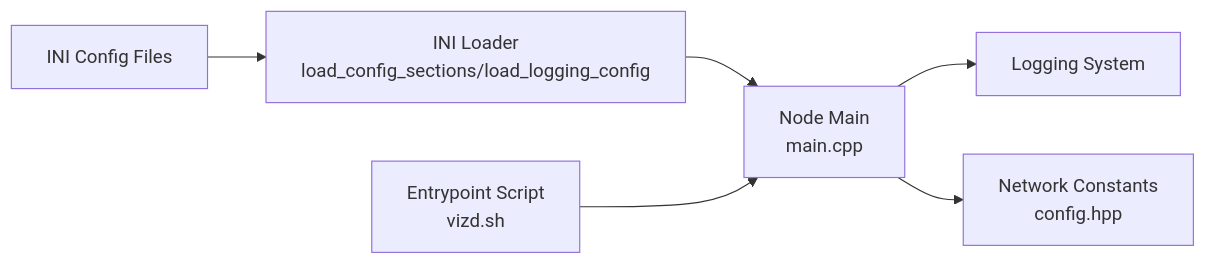
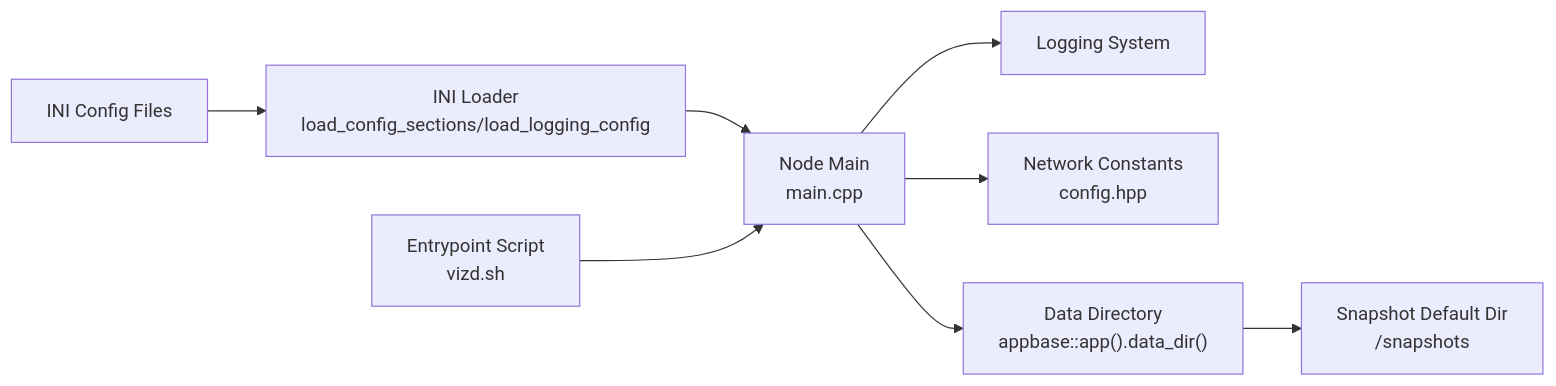
Before and after one commit to VIZ-Blockchain/viz-cpp-node: the sixth of 6 diagrams in .qoder/repowiki/en/content/Configuration Management/Configuration Management.md, drawn with Mermaid. The commit also changed other lines of this file and 4 other files, not shown here.

First line of the commit message:
docs(snapshot): update snapshot config with default dir and trusted peers

````diff
--- a/.qoder/repowiki/en/content/Configuration Management/Configuration Management.md
+++ b/.qoder/repowiki/en/content/Configuration Management/Configuration Management.md
@@ -382,8 +444,10 @@
 ```mermaid
 graph LR
 ConfigINI["INI Config Files"] --> Loader["INI Loader<br/>load_config_sections/load_logging_config"]
 Loader --> NodeMain["Node Main<br/>main.cpp"]
 Entrypoint["Entrypoint Script<br/>vizd.sh"] --> NodeMain
 NodeMain --> Logging["Logging System"]
 NodeMain --> Network["Network Constants<br/>config.hpp"]
+NodeMain --> DataDir["Data Directory<br/>appbase::app().data_dir()"]
+DataDir --> SnapshotDefault["Snapshot Default Dir<br/><data_dir>/snapshots"]
 ```
````
